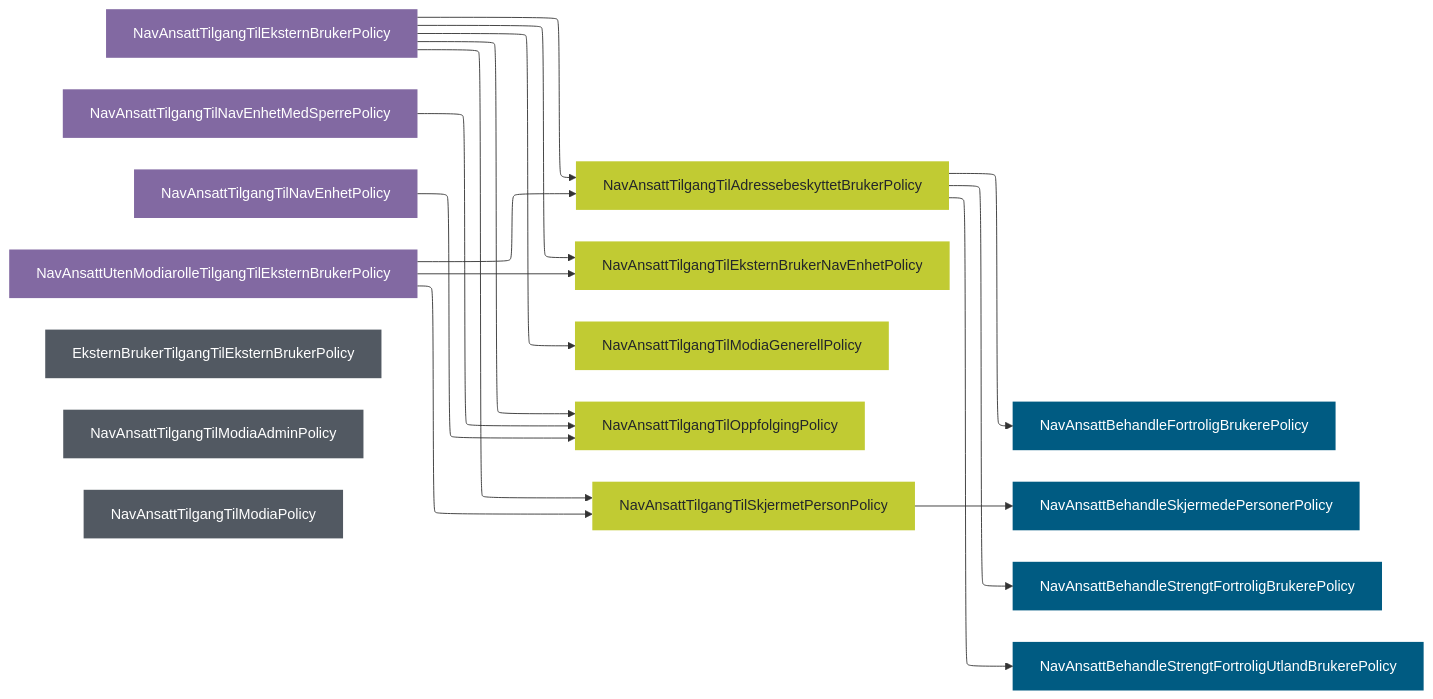
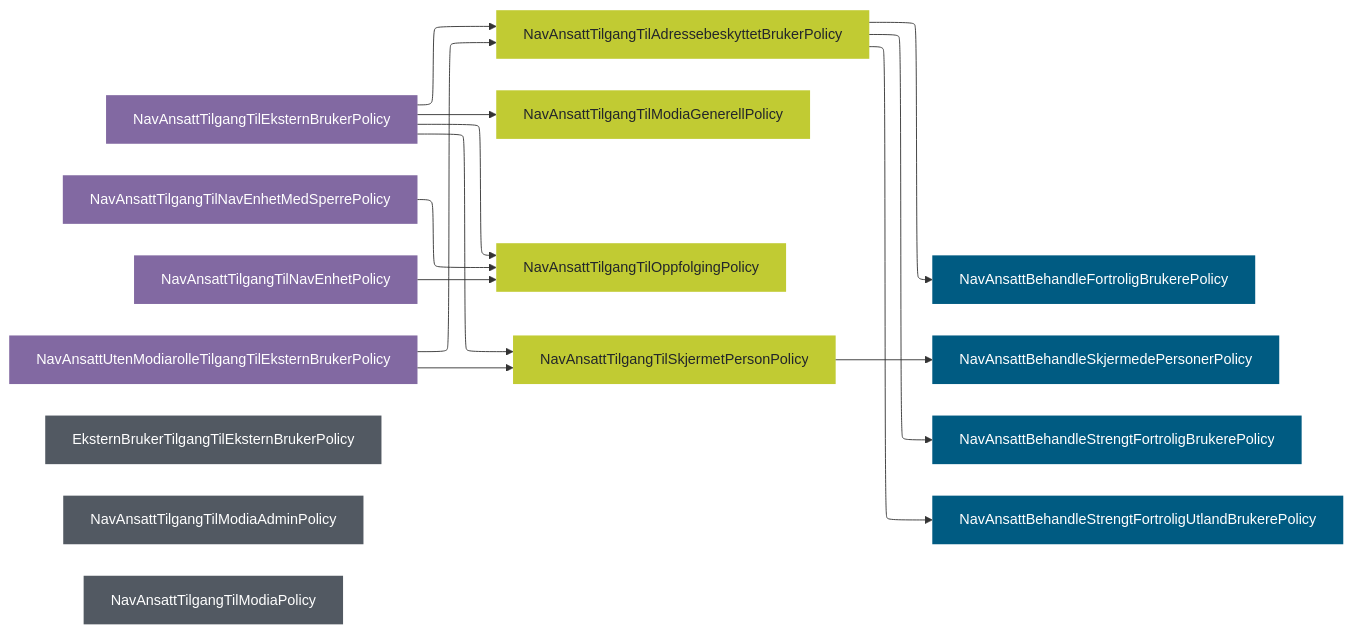
The first of 16 diagrams in core/src/main/kotlin/no/nav/poao_tilgang/core/policy/Policies.md (navikt/poao-tilgang), drawn with Mermaid before and after one commit. The commit also changed other lines of this file and 7 other files, not shown here.

````diff
--- a/core/src/main/kotlin/no/nav/poao_tilgang/core/policy/Policies.md
+++ b/core/src/main/kotlin/no/nav/poao_tilgang/core/policy/Policies.md
@@ -28,59 +28,56 @@
 ```mermaid
 ---
 config:
     layout: elk
 ---
 graph LR
     %% Nivå 1
     NavAnsattTilgangTilEksternBrukerPolicy
     NavAnsattTilgangTilNavEnhetMedSperrePolicy
     NavAnsattTilgangTilNavEnhetPolicy
     NavAnsattUtenModiarolleTilgangTilEksternBrukerPolicy
     
     %% Nivå 1 standalone
     EksternBrukerTilgangTilEksternBrukerPolicy
     NavAnsattTilgangTilModiaAdminPolicy
     NavAnsattTilgangTilModiaPolicy
     
     %% Nivå 2
     NavAnsattTilgangTilAdressebeskyttetBrukerPolicy
-    NavAnsattTilgangTilEksternBrukerNavEnhetPolicy
     NavAnsattTilgangTilModiaGenerellPolicy
     NavAnsattTilgangTilOppfolgingPolicy
     NavAnsattTilgangTilSkjermetPersonPolicy
     
     %% Nivå 3
     NavAnsattBehandleFortroligBrukerePolicy
     NavAnsattBehandleSkjermedePersonerPolicy
     NavAnsattBehandleStrengtFortroligBrukerePolicy
     NavAnsattBehandleStrengtFortroligUtlandBrukerePolicy
     
     %% Nivå 1 --> nivå 2
     NavAnsattTilgangTilEksternBrukerPolicy --> NavAnsattTilgangTilModiaGenerellPolicy
     NavAnsattTilgangTilEksternBrukerPolicy --> NavAnsattTilgangTilAdressebeskyttetBrukerPolicy
-    NavAnsattTilgangTilEksternBrukerPolicy --> NavAnsattTilgangTilEksternBrukerNavEnhetPolicy
     NavAnsattTilgangTilEksternBrukerPolicy --> NavAnsattTilgangTilSkjermetPersonPolicy
     NavAnsattTilgangTilEksternBrukerPolicy --> NavAnsattTilgangTilOppfolgingPolicy
     NavAnsattTilgangTilNavEnhetMedSperrePolicy --> NavAnsattTilgangTilOppfolgingPolicy
     NavAnsattTilgangTilNavEnhetPolicy --> NavAnsattTilgangTilOppfolgingPolicy
     NavAnsattUtenModiarolleTilgangTilEksternBrukerPolicy --> NavAnsattTilgangTilAdressebeskyttetBrukerPolicy
-    NavAnsattUtenModiarolleTilgangTilEksternBrukerPolicy --> NavAnsattTilgangTilEksternBrukerNavEnhetPolicy
     NavAnsattUtenModiarolleTilgangTilEksternBrukerPolicy --> NavAnsattTilgangTilSkjermetPersonPolicy
     
     %% Nivå 2 --> nivå 3
     NavAnsattTilgangTilAdressebeskyttetBrukerPolicy --> NavAnsattBehandleFortroligBrukerePolicy
     NavAnsattTilgangTilAdressebeskyttetBrukerPolicy --> NavAnsattBehandleStrengtFortroligBrukerePolicy
     NavAnsattTilgangTilAdressebeskyttetBrukerPolicy --> NavAnsattBehandleStrengtFortroligUtlandBrukerePolicy
     NavAnsattTilgangTilSkjermetPersonPolicy --> NavAnsattBehandleSkjermedePersonerPolicy
     
     %% Styling
     classDef niva1 fill:#8269A2,stroke:none,color:#FFFFFF
     classDef niva2 fill:#C1CB33,stroke:none,color:#23262A
     classDef niva3 fill:#005B82,stroke:none,color:#FFFFFF
     classDef standalone fill:#525962,stroke:none,color:#FFFFFF
     
     class NavAnsattTilgangTilEksternBrukerPolicy,NavAnsattUtenModiarolleTilgangTilEksternBrukerPolicy,NavAnsattTilgangTilNavEnhetPolicy,NavAnsattTilgangTilNavEnhetMedSperrePolicy niva1;
-    class NavAnsattTilgangTilAdressebeskyttetBrukerPolicy,NavAnsattTilgangTilSkjermetPersonPolicy,NavAnsattTilgangTilEksternBrukerNavEnhetPolicy,NavAnsattTilgangTilOppfolgingPolicy,NavAnsattTilgangTilModiaGenerellPolicy niva2;
+    class NavAnsattTilgangTilAdressebeskyttetBrukerPolicy,NavAnsattTilgangTilSkjermetPersonPolicy,NavAnsattTilgangTilOppfolgingPolicy,NavAnsattTilgangTilModiaGenerellPolicy niva2;
     class NavAnsattBehandleFortroligBrukerePolicy,NavAnsattBehandleStrengtFortroligBrukerePolicy,NavAnsattBehandleStrengtFortroligUtlandBrukerePolicy,NavAnsattBehandleSkjermedePersonerPolicy niva3;
     class EksternBrukerTilgangTilEksternBrukerPolicy,NavAnsattTilgangTilModiaPolicy,NavAnsattTilgangTilModiaAdminPolicy standalone;
 ```
````
